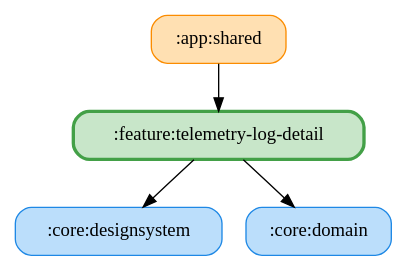
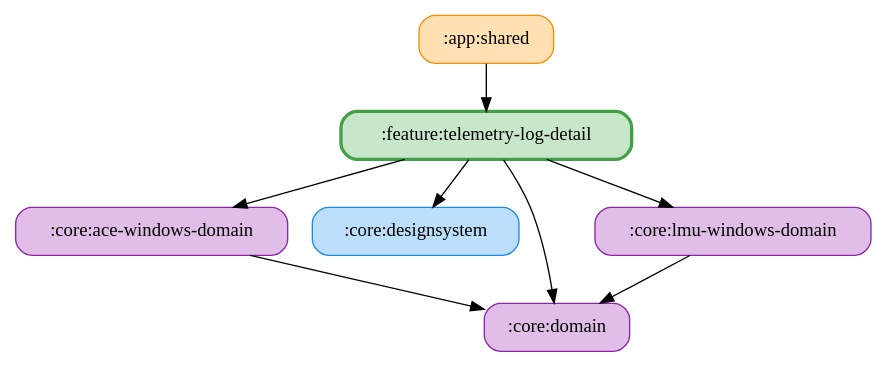
Before and after one commit to ai-kurou/KoDriver: the diagram in docs/graphs/feature-telemetry-log-detail.gv, drawn with Graphviz. The commit also changed 898 other files, not shown here.

Commit message:
:core:domain をシミュレーター別のドメインモジュールに分割する(LMU・ACE・GT7) (#2411)

```diff
--- a/docs/graphs/feature-telemetry-log-detail.gv
+++ b/docs/graphs/feature-telemetry-log-detail.gv
@@ -1,11 +1,17 @@
 digraph G {
   rankdir=TB
   node [shape=box, style="rounded,filled"]
   ":app:shared" [fillcolor="#FFE0B2", color="#FB8C00", penwidth=1]
+  ":core:ace-windows-domain" [fillcolor="#E1BEE7", color="#8E24AA", penwidth=1]
   ":core:designsystem" [fillcolor="#BBDEFB", color="#1E88E5", penwidth=1]
-  ":core:domain" [fillcolor="#BBDEFB", color="#1E88E5", penwidth=1]
+  ":core:domain" [fillcolor="#E1BEE7", color="#8E24AA", penwidth=1]
+  ":core:lmu-windows-domain" [fillcolor="#E1BEE7", color="#8E24AA", penwidth=1]
   ":feature:telemetry-log-detail" [fillcolor="#C8E6C9", color="#43A047", penwidth=2.5]
   ":app:shared" -> ":feature:telemetry-log-detail"
+  ":core:ace-windows-domain" -> ":core:domain"
+  ":core:lmu-windows-domain" -> ":core:domain"
   ":feature:telemetry-log-detail" -> ":core:domain"
   ":feature:telemetry-log-detail" -> ":core:designsystem"
+  ":feature:telemetry-log-detail" -> ":core:ace-windows-domain"
+  ":feature:telemetry-log-detail" -> ":core:lmu-windows-domain"
 }
```
